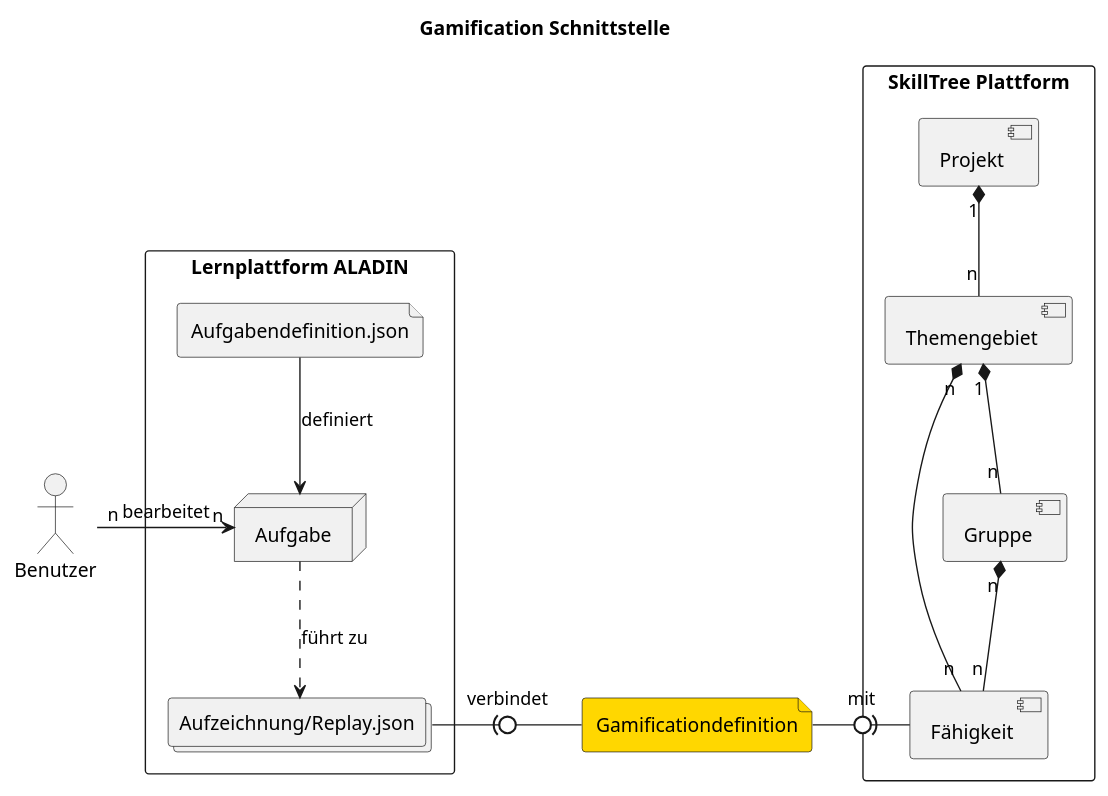
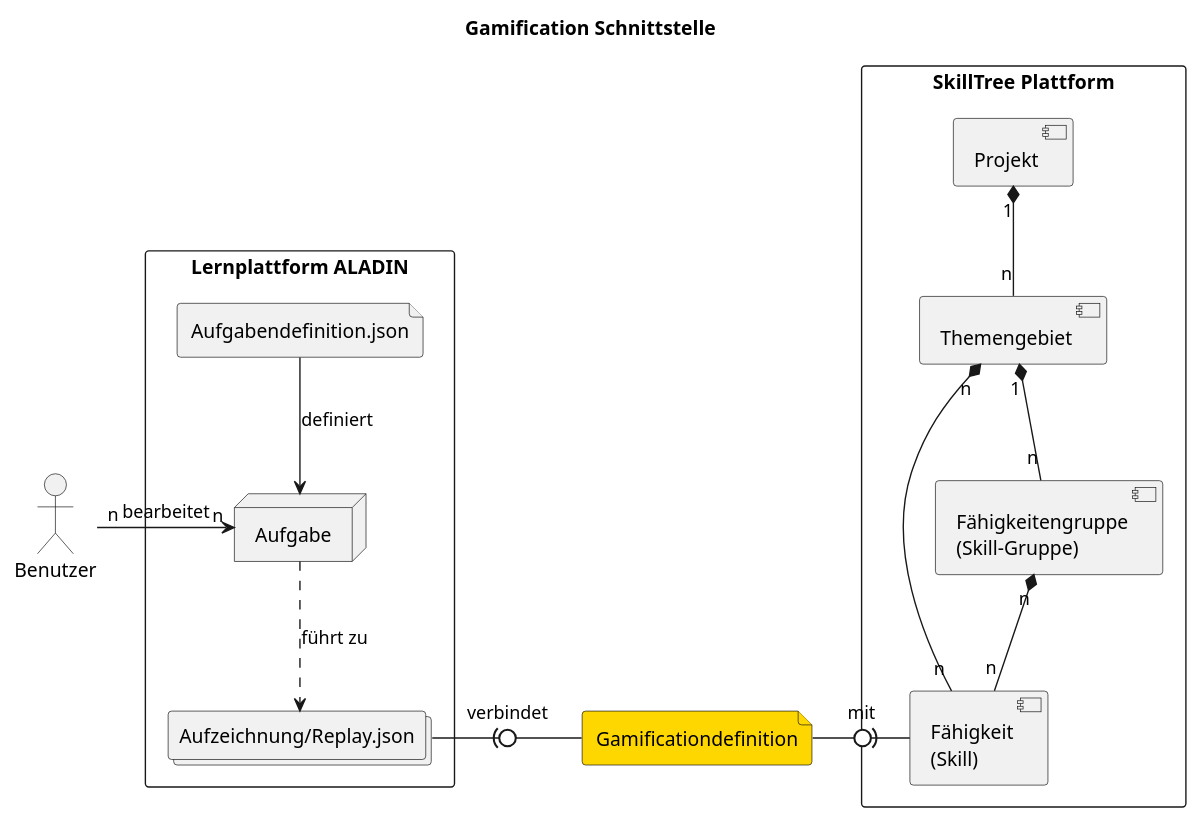
Before and after one commit to a-schulz/aladin_GAMIFY: the diagram in diagrams/communication_interfaces.puml, drawn with PlantUML. The commit also changed 2 other files, not shown here.

Commit message:
update diagrams

```diff
--- a/diagrams/communication_interfaces.puml
+++ b/diagrams/communication_interfaces.puml
@@ -1,33 +1,33 @@
 @startuml communication_interfaces
 
 'skinparam monochrome true
 
 title "Gamification Schnittstelle"
 
 "Benutzer" as U
 
 rectangle "Lernplattform ALADIN" {
   file "Aufgabendefinition.json" as TD
   node "Aufgabe" as T
   collections "Aufzeichnung/Replay.json" as RP
 }
 
 file "Gamificationdefinition" as GD #gold
 
 rectangle "SkillTree Plattform" {
   [Projekt]
   [Themengebiet]
-  [Gruppe]
-  [Fähigkeit]
+  [Fähigkeitengruppe\n(Skill-Gruppe)] as SG
+  [Fähigkeit\n(Skill)] as S
 }
 TD --> T : definiert
 T "n" <-l- "n" U : bearbeitet
 T ..> RP : führt zu
 RP -right(0- GD : verbindet
-GD -right0)- [Fähigkeit]: mit
+GD -right0)- S: mit
 [Projekt] "1" *-- "n" [Themengebiet]
-[Themengebiet] "1" *-- "n" [Gruppe]
-[Gruppe] "n" *-- "n" [Fähigkeit]
-[Themengebiet] "n" *-- "n" [Fähigkeit]
+[Themengebiet] "1" *-- "n" SG
+SG "n" *-- "n" S
+[Themengebiet] "n" *-- "n" S
 
 @enduml
```
